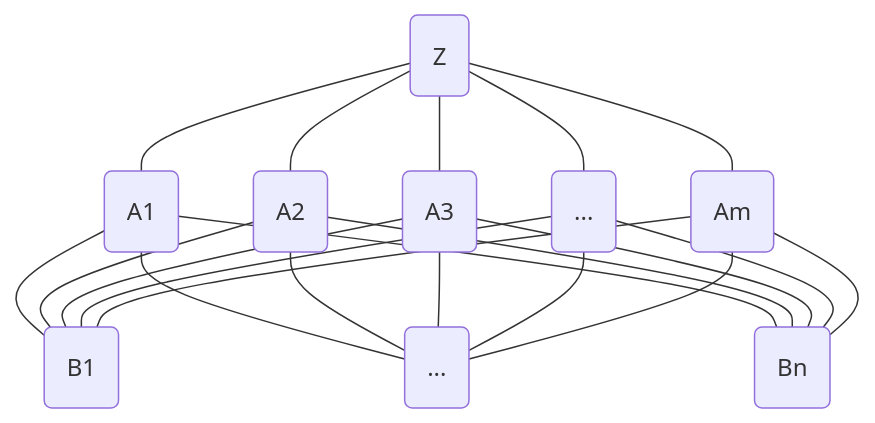
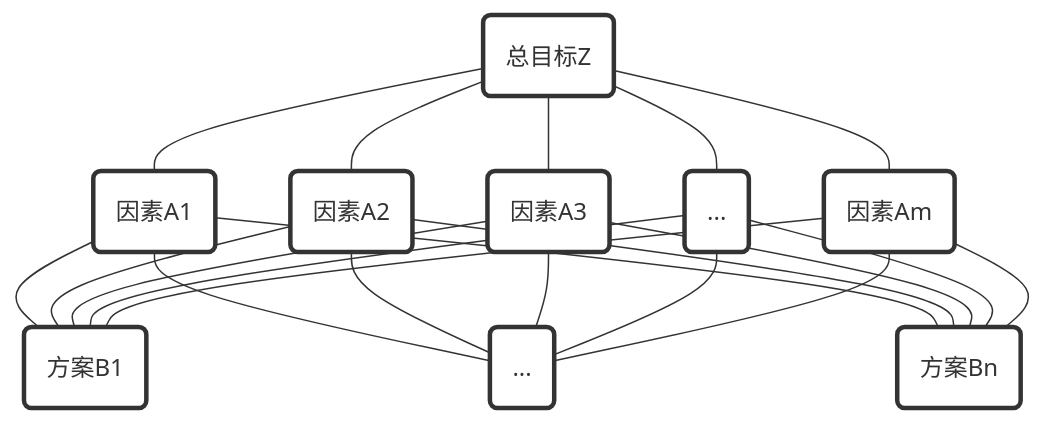
The diagram in zh-cn/evaluation-moduel/index.md (OrangeSodahub/OrangeSodahub.github.io), drawn with Mermaid before and after one commit. The commit also changed 88 other files, not shown here.

````diff
--- a/zh-cn/evaluation-moduel/index.md
+++ b/zh-cn/evaluation-moduel/index.md
@@ -452,25 +453,32 @@
-```mermaid
-graph TD
-
-Z(Z) --- A(A1)
-Z(Z) --- B(A2)
-Z(Z) --- C(A3)
-Z(Z) --- D(...)
-Z(Z) --- E(Am)
-A(A1) --- F(B1)
-A(A1) --- G(...)
-A(A1) --- H(Bn)
-B(A2) --- F(B1)
-B(A2) --- G(...)
-B(A2) --- H(Bn)
-C(A3) --- F(B1)
-C(A3) --- G(...)
-C(A3) --- H(Bn)
-D(...) --- F(B1)
-D(...) --- G(B2)
-D(...) --- H(Bn)
-E(Am) --- F(B1)
-E(Am) --- G(...)
-E(Am) --- H(Bn)
-
-```
+{{< mermaid >}}
+graph TD;
+	Z(总目标Z) --- B(因素A1)
+	Z --- C(因素A2)
+	Z --- D(因素A3)
+	Z --- E(...)
+	Z --- F(因素Am)
+	B --- G(方案B1)
+	B --- H(...)
+	B --- I(方案Bn)
+	C --- G
+	C --- H
+	C --- I
+	D --- G
+	D --- H
+	D --- I
+	E --- G
+	E --- H
+	E --- I
+	F --- G
+	F --- H
+	F --- I
+style Z fill:#fff,stroke:#333,stroke-width:3px
+style B fill:#fff,stroke:#333,stroke-width:3px
+style C fill:#fff,stroke:#333,stroke-width:3px
+style D fill:#fff,stroke:#333,stroke-width:3px
+style E fill:#fff,stroke:#333,stroke-width:3px
+style F fill:#fff,stroke:#333,stroke-width:3px
+style G fill:#fff,stroke:#333,stroke-width:3px
+style H fill:#fff,stroke:#333,stroke-width:3px
+style I fill:#fff,stroke:#333,stroke-width:3px
+{{< /mermaid >}}
````
